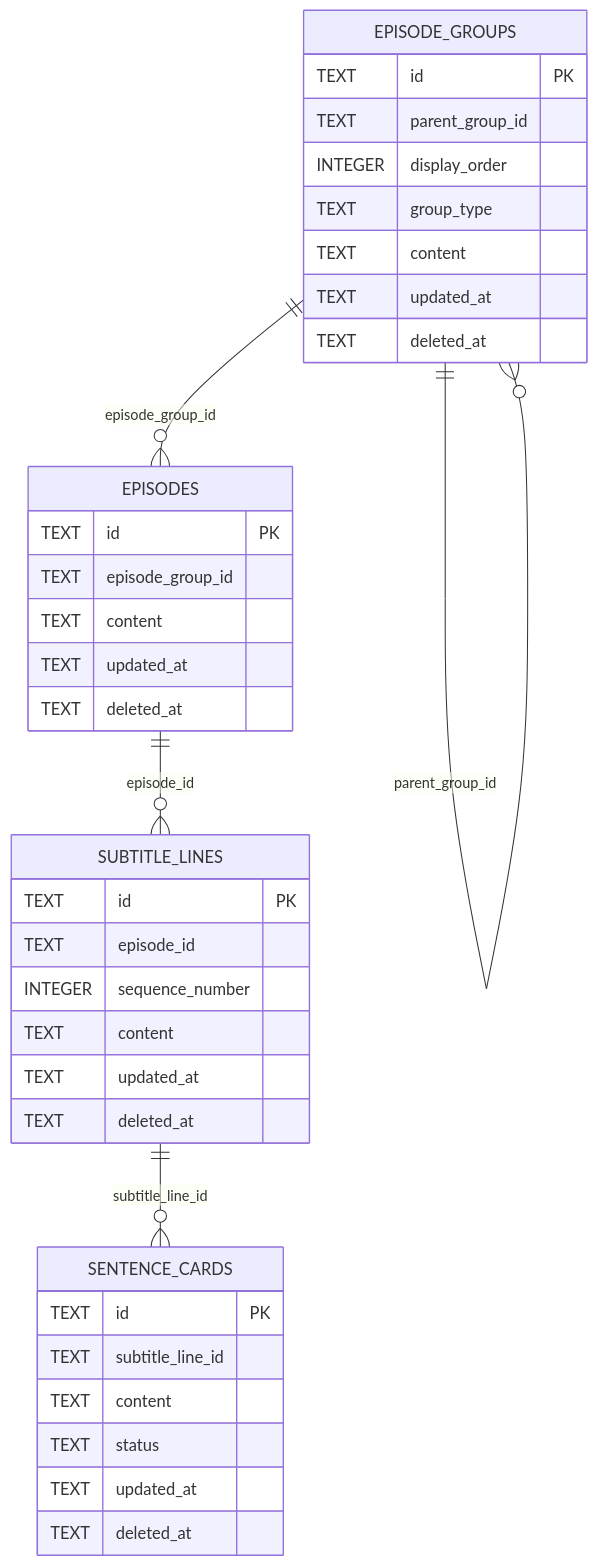
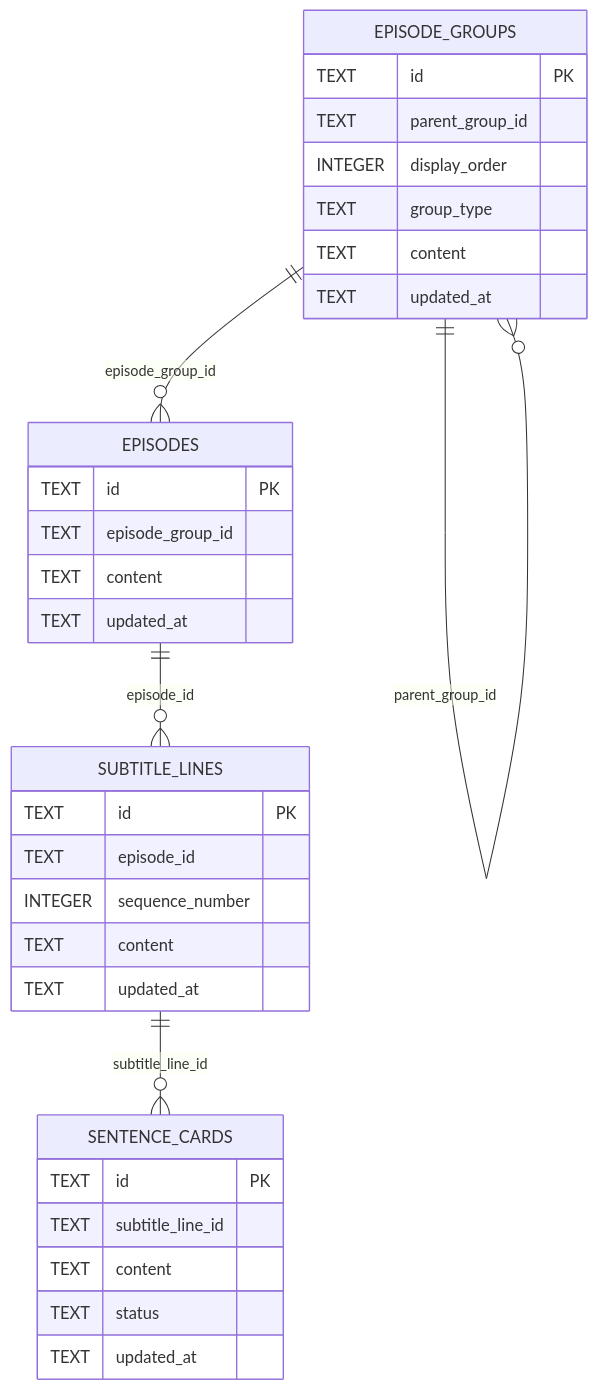
The second of 2 diagrams in doc/technical_specifications.md (k5n/kotonoha), drawn with Mermaid before and after one commit. The commit also changed other lines of this file and 11 other files, not shown here.

Commit message:
refactor: Remove deleted_at field from database schema and related code

````diff
--- a/doc/technical_specifications.md
+++ b/doc/technical_specifications.md
@@ -215,40 +215,36 @@
 ```mermaid
 erDiagram
     EPISODE_GROUPS {
         TEXT id PK
         TEXT parent_group_id
         INTEGER display_order
         TEXT group_type
         TEXT content
         TEXT updated_at
-        TEXT deleted_at
     }
     EPISODES {
         TEXT id PK
         TEXT episode_group_id
         TEXT content
         TEXT updated_at
-        TEXT deleted_at
     }
     SUBTITLE_LINES {
         TEXT id PK
         TEXT episode_id
         INTEGER sequence_number
         TEXT content
         TEXT updated_at
-        TEXT deleted_at
     }
     SENTENCE_CARDS {
         TEXT id PK
         TEXT subtitle_line_id
         TEXT content
         TEXT status
         TEXT updated_at
-        TEXT deleted_at
     }
 
     EPISODE_GROUPS ||--o{ EPISODE_GROUPS : "parent_group_id"
     EPISODE_GROUPS ||--o{ EPISODES : "episode_group_id"
     EPISODES ||--o{ SUBTITLE_LINES : "episode_id"
     SUBTITLE_LINES ||--o{ SENTENCE_CARDS : "subtitle_line_id"
 ```
````
